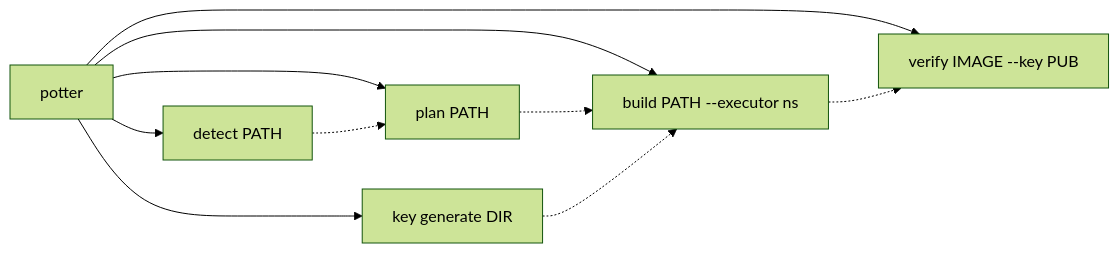
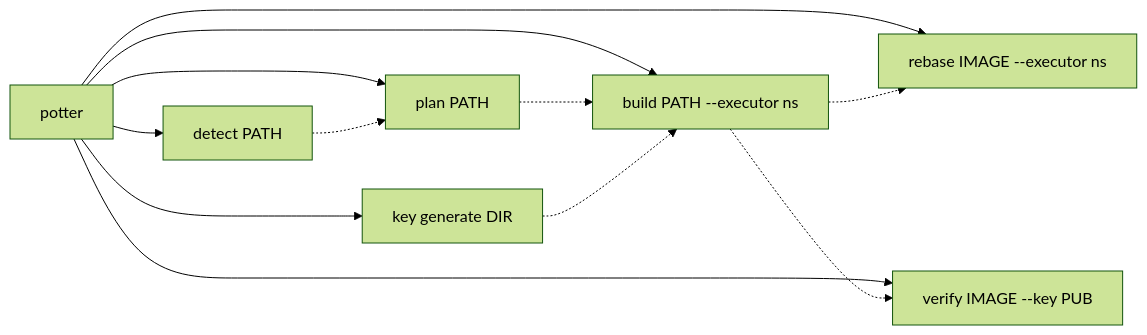
One commit to AlfonsoCampodonico/potter changed the sixth of 6 diagrams in README.md. Above: the diagram before and after it, drawn with Mermaid (forest theme). The commit also changed other lines of this file and 4 other files, not shown here.

Commit message:
docs: potter rebase, and the layer budget's merge on each side of the run base

````diff
--- a/README.md
+++ b/README.md
@@ -257,12 +259,14 @@
 ```mermaid
 flowchart LR
     potter["potter"] --> detect["detect PATH"]
     potter --> plan["plan PATH"]
     potter --> build["build PATH --executor ns"]
+    potter --> rebase["rebase IMAGE --executor ns"]
     potter --> verify["verify IMAGE --key PUB"]
     potter --> key["key generate DIR"]
     detect -.-> plan
     plan -.-> build
     key -.-> build
+    build -.-> rebase
     build -.-> verify
 ```
````
